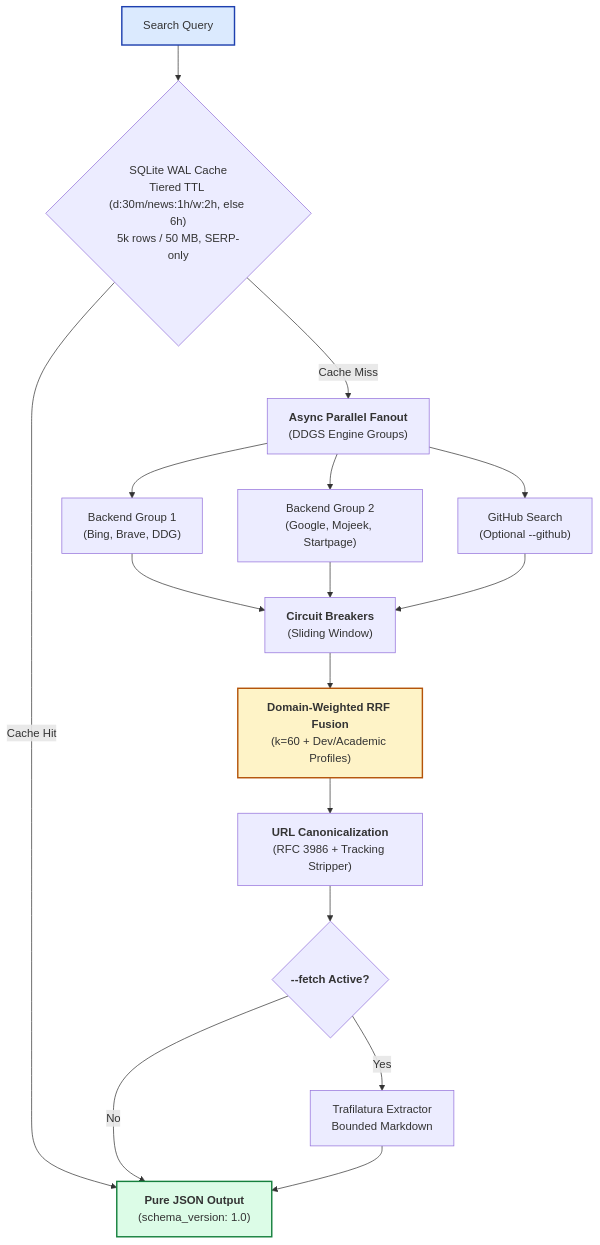
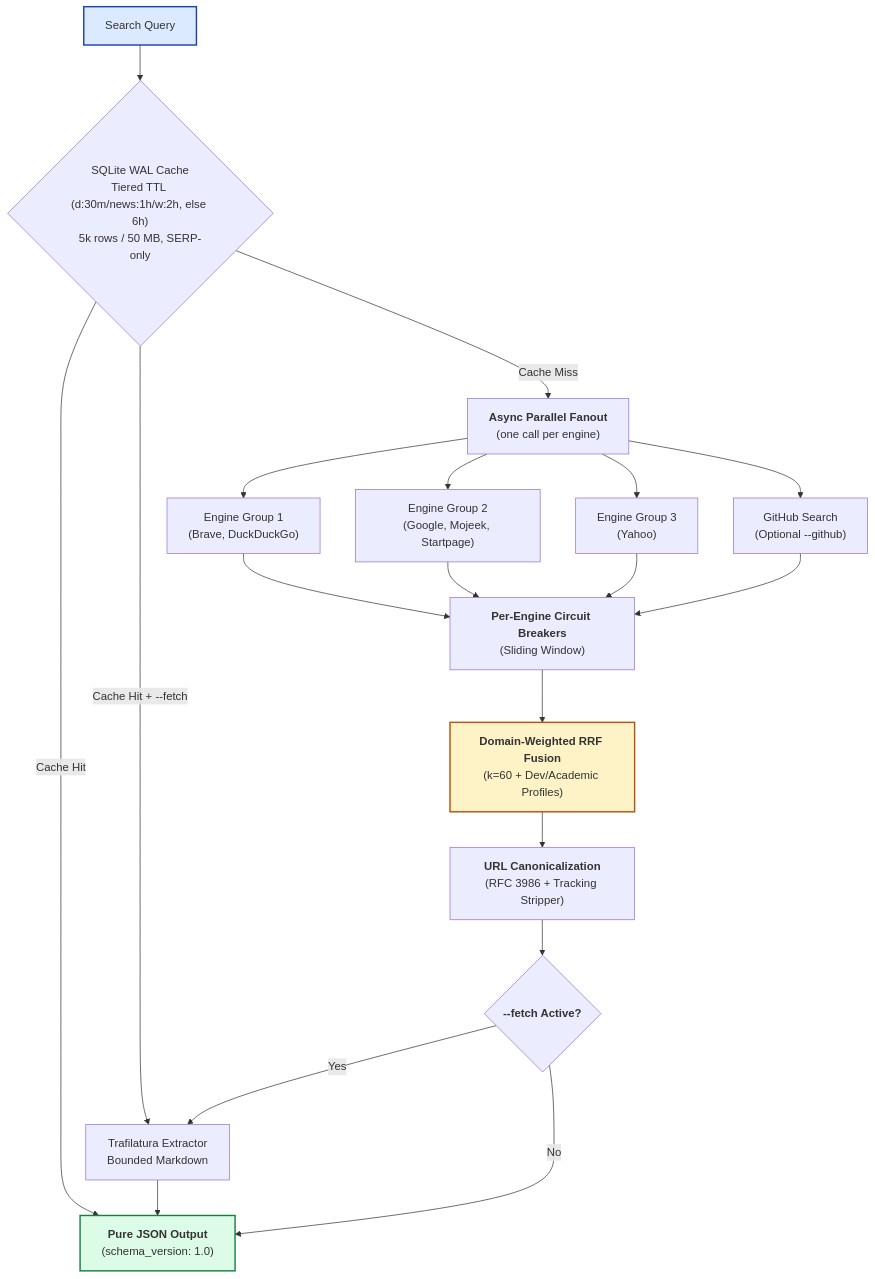
The diagram in README.md (Alih-b/Josty), drawn with Mermaid before and after one commit. The commit also changed other lines of this file and 6 other files, not shown here.

First line of the commit message:
feat: per-engine search fanout and availability gate

````diff
--- a/README.md
+++ b/README.md
@@ -175,30 +177,33 @@
 ```mermaid
 graph TD
     Query["Search Query"] --> Cache{"SQLite WAL Cache<br/>Tiered TTL (d:30m/news:1h/w:2h, else 6h)<br/>5k rows / 50 MB, SERP-only"}
     
     Cache -- Cache Hit --> Out["<b>Pure JSON Output</b><br/>(schema_version: 1.0)"]
+    Cache -- "Cache Hit + --fetch" --> Traf
     
-    Cache -- Cache Miss --> Fanout["<b>Async Parallel Fanout</b><br/>(DDGS Engine Groups)"]
+    Cache -- Cache Miss --> Fanout["<b>Async Parallel Fanout</b><br/>(one call per engine)"]
     
-    Fanout --> B1["Backend Group 1<br/>(Bing, Brave, DDG)"]
-    Fanout --> B2["Backend Group 2<br/>(Google, Mojeek, Startpage)"]
+    Fanout --> B1["Engine Group 1<br/>(Brave, DuckDuckGo)"]
+    Fanout --> B2["Engine Group 2<br/>(Google, Mojeek, Startpage)"]
+    Fanout --> B3["Engine Group 3<br/>(Yahoo)"]
     Fanout --> GH["GitHub Search<br/>(Optional --github)"]
     
-    B1 --> Circuit["<b>Circuit Breakers</b><br/>(Sliding Window)"]
+    B1 --> Circuit["<b>Per-Engine Circuit Breakers</b><br/>(Sliding Window)"]
     B2 --> Circuit
+    B3 --> Circuit
     GH --> Circuit
     
     Circuit --> RRF["<b>Domain-Weighted RRF Fusion</b><br/>(k=60 + Dev/Academic Profiles)"]
     
     RRF --> Canon["<b>URL Canonicalization</b><br/>(RFC 3986 + Tracking Stripper)"]
     
     Canon --> Fetch{"<b>--fetch Active?</b>"}
     
     Fetch -- Yes --> Traf["Trafilatura Extractor<br/>Bounded Markdown"]
     Fetch -- No --> Out
     Traf --> Out
 
     style Query fill:#dbeafe,stroke:#1e40af,stroke-width:2px;
     style Out fill:#dcfce7,stroke:#15803d,stroke-width:2px;
     style RRF fill:#fef3c7,stroke:#b45309,stroke-width:2px;
 ```
````
